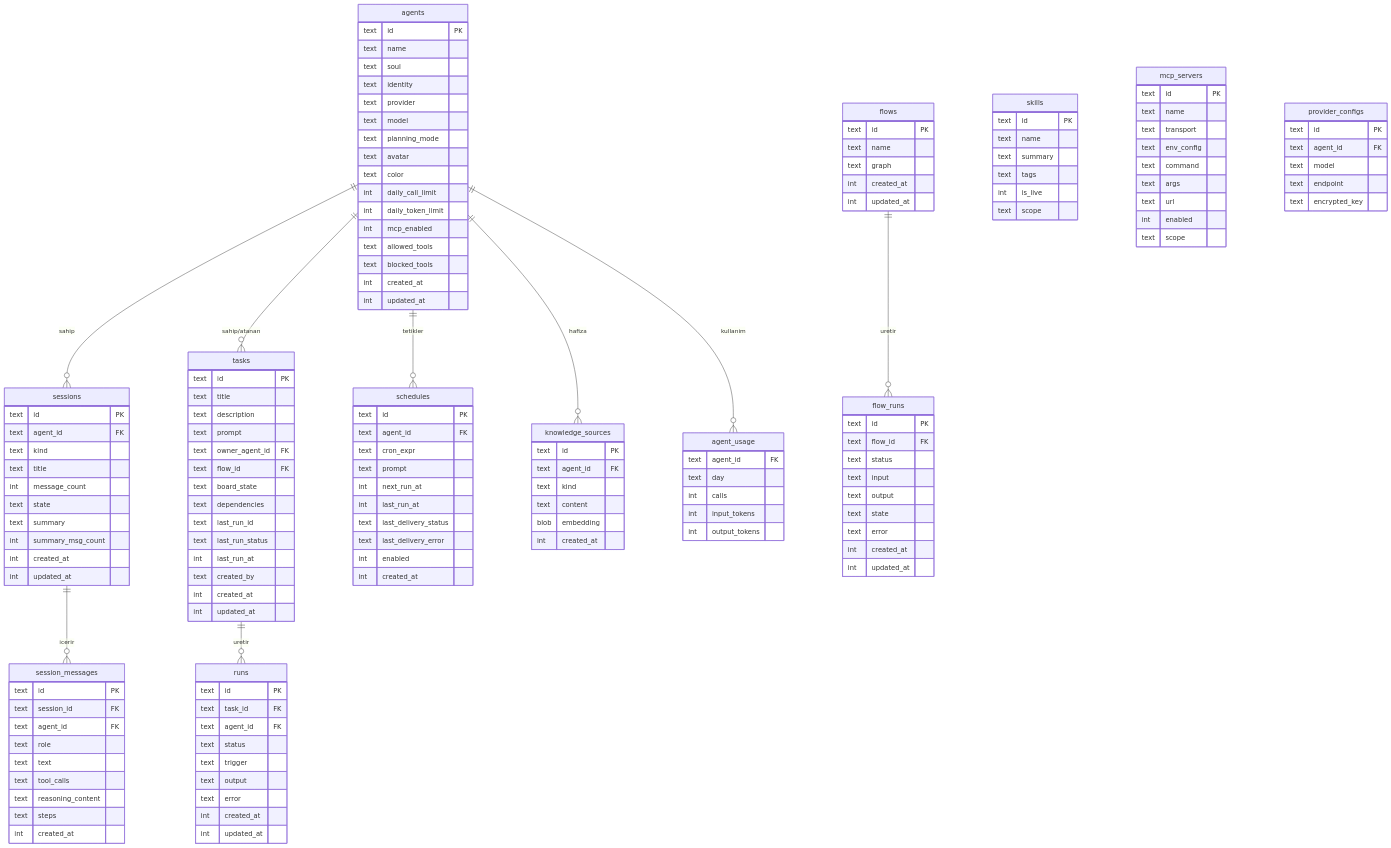
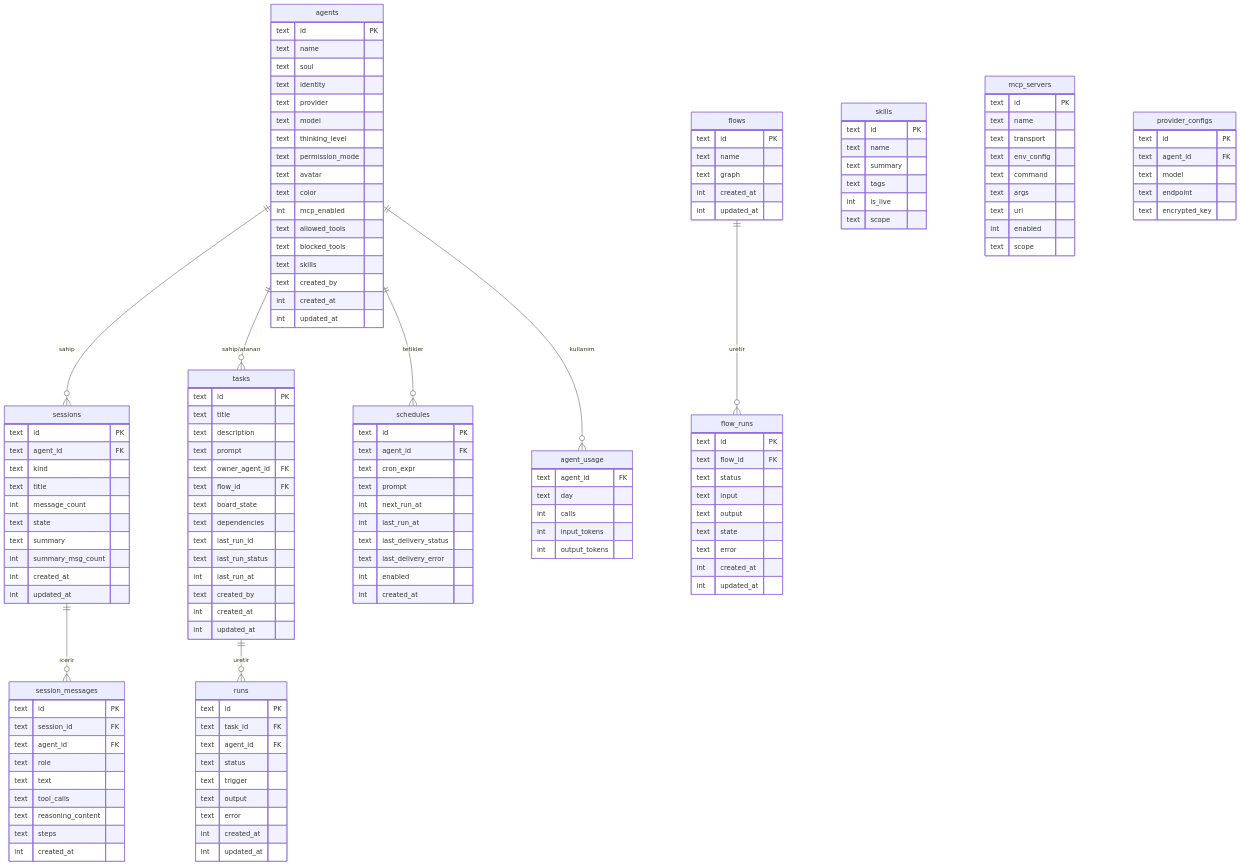
The diagram in _Docs/02-VERI-MODELI.md (bilal-arikan/tionharness), drawn with Mermaid before and after one commit. The commit also changed other lines of this file and 20 other files, not shown here.

```diff
--- a/_Docs/02-VERI-MODELI.md
+++ b/_Docs/02-VERI-MODELI.md
@@ -16,7 +16,6 @@
     agents ||--o{ tasks : "sahip/atanan"
     agents ||--o{ schedules : "tetikler"
     tasks ||--o{ runs : "uretir"
-    agents ||--o{ knowledge_sources : "hafiza"
     agents ||--o{ agent_usage : "kullanim"
     flows ||--o{ flow_runs : "uretir"
 
@@ -27,14 +26,15 @@
         text identity
         text provider
         text model
-        text planning_mode
+        text thinking_level
+        text permission_mode
         text avatar
         text color
-        int  daily_call_limit
-        int  daily_token_limit
         int  mcp_enabled
         text allowed_tools
         text blocked_tools
+        text skills
+        text created_by
         int  created_at
         int  updated_at
     }
@@ -107,14 +107,6 @@
         int  created_at
         int  updated_at
     }
-    knowledge_sources {
-        text id PK
-        text agent_id FK
-        text kind
-        text content
-        blob embedding
-        int  created_at
-    }
     skills {
         text id PK
         text name
```
